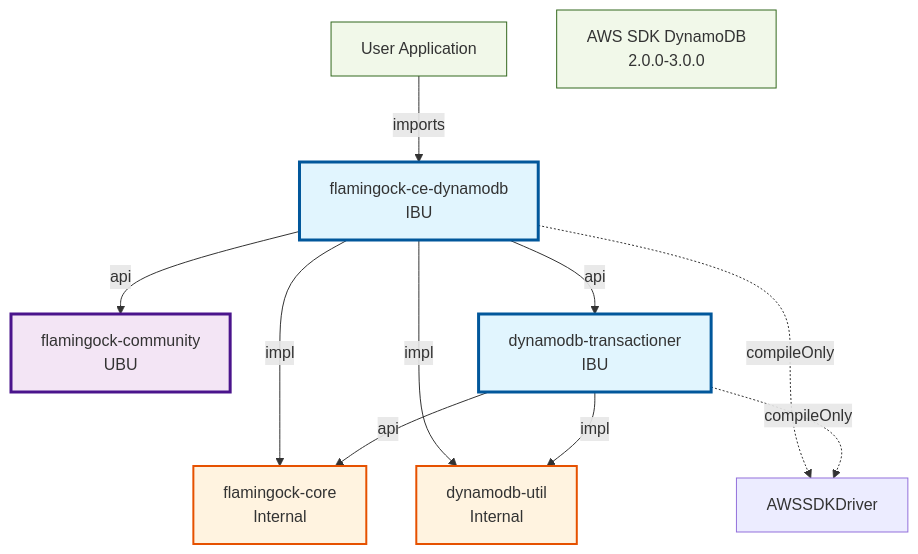
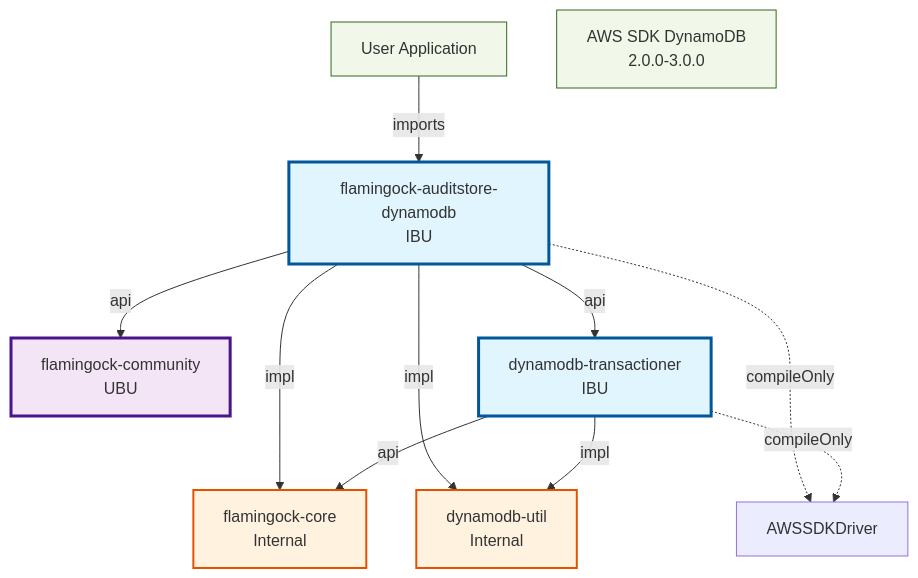
The fifth of 6 diagrams in docs/ARCHITECTURE_OVERVIEW.md (flamingock/flamingock-java), drawn with Mermaid before and after one commit. The commit also changed other lines of this file and 117 other files, not shown here.

````diff
--- a/docs/ARCHITECTURE_OVERVIEW.md
+++ b/docs/ARCHITECTURE_OVERVIEW.md
@@ -350,26 +350,26 @@
 ```mermaid
 graph TB
     classDef ibu fill:#e1f5fe,stroke:#01579b,stroke-width:3px
     classDef ubu fill:#f3e5f5,stroke:#4a148c,stroke-width:3px
     classDef internal fill:#fff3e0,stroke:#e65100,stroke-width:2px
     classDef external fill:#f1f8e9,stroke:#33691e,stroke-width:1px
 
     User[User Application]:::external
-    User -->|imports| flamingock-ce-dynamodb
+    User -->|imports| flamingock-auditstore-dynamodb
     
-    flamingock-ce-dynamodb[flamingock-ce-dynamodb<br/>IBU]:::ibu
+    flamingock-auditstore-dynamodb[flamingock-auditstore-dynamodb<br/>IBU]:::ibu
     flamingock-community[flamingock-community<br/>UBU]:::ubu
     dynamodb-transactioner[dynamodb-transactioner<br/>IBU]:::ibu
     flamingock-core[flamingock-core<br/>Internal]:::internal
     dynamodb-util[dynamodb-util<br/>Internal]:::internal
     AWSSDKAuditStore[AWS SDK DynamoDB<br/>2.0.0-3.0.0]:::external
     
-    flamingock-ce-dynamodb -->|api| flamingock-community
-    flamingock-ce-dynamodb -->|api| dynamodb-transactioner
-    flamingock-ce-dynamodb -->|impl| flamingock-core
-    flamingock-ce-dynamodb -->|impl| dynamodb-util
-    flamingock-ce-dynamodb -.->|compileOnly| AWSSDKDriver
+    flamingock-auditstore-dynamodb -->|api| flamingock-community
+    flamingock-auditstore-dynamodb -->|api| dynamodb-transactioner
+    flamingock-auditstore-dynamodb -->|impl| flamingock-core
+    flamingock-auditstore-dynamodb -->|impl| dynamodb-util
+    flamingock-auditstore-dynamodb -.->|compileOnly| AWSSDKDriver
     dynamodb-transactioner -->|api| flamingock-core
     dynamodb-transactioner -->|impl| dynamodb-util
     dynamodb-transactioner -.->|compileOnly| AWSSDKDriver
 ```
````
